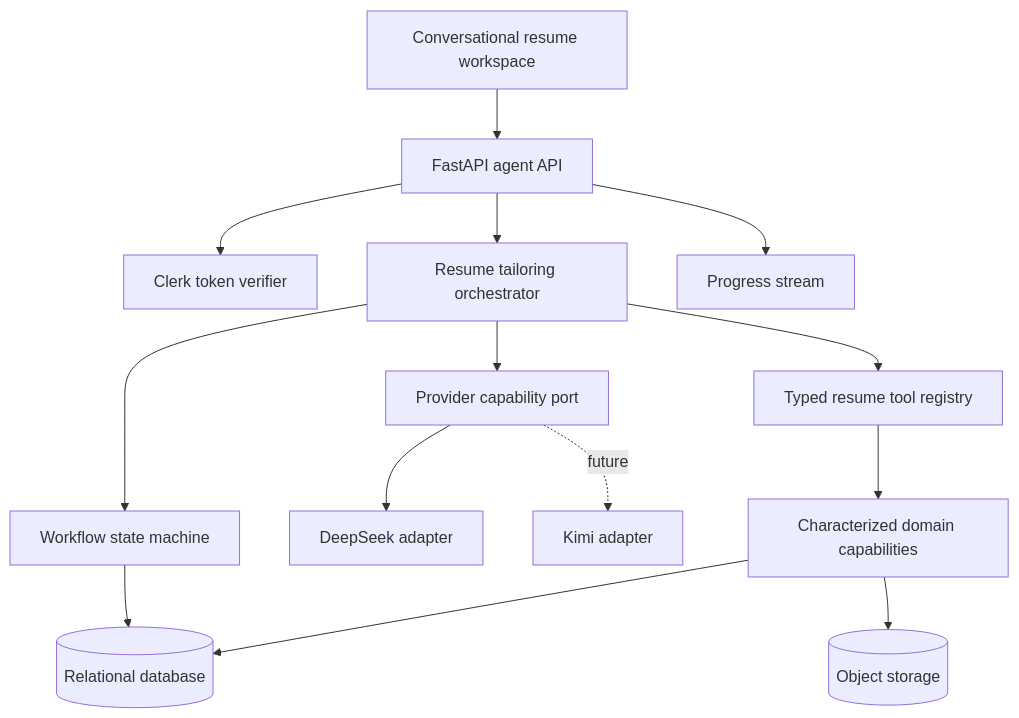
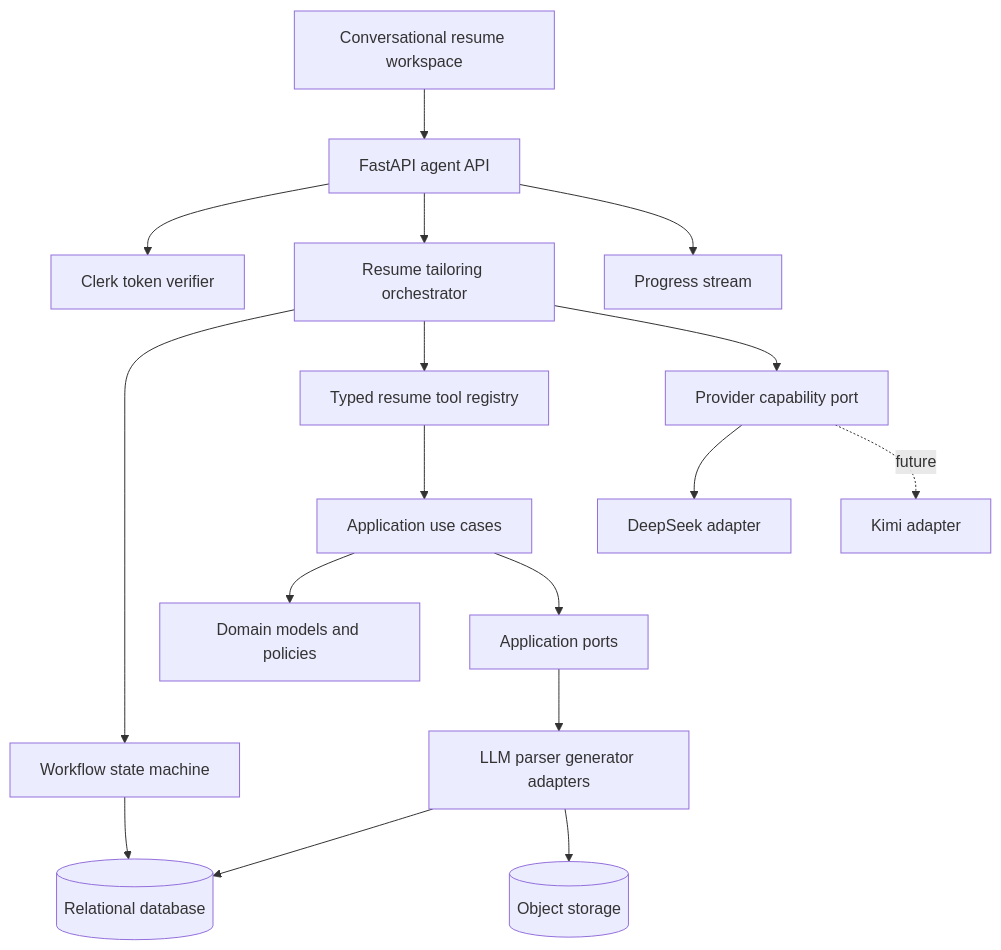
Before and after one commit to ivytas0905/AI-job-coach: the second of 4 diagrams in docs/plans/2026-08-04-001-feat-agent-resume-tailoring-plan.md, drawn with Mermaid. The commit also changed other lines of this file, not shown here.

````diff
--- a/docs/plans/2026-08-04-001-feat-agent-resume-tailoring-plan.md
+++ b/docs/plans/2026-08-04-001-feat-agent-resume-tailoring-plan.md
@@ -205,16 +206,19 @@
 ```mermaid
 flowchart TB
   UI[Conversational resume workspace] --> API[FastAPI agent API]
   API --> AUTH[Clerk token verifier]
   API --> ORCH[Resume tailoring orchestrator]
   ORCH --> STATE[Workflow state machine]
   ORCH --> TOOLS[Typed resume tool registry]
   ORCH --> LLM[Provider capability port]
   LLM --> DS[DeepSeek adapter]
   LLM -. future .-> KIMI[Kimi adapter]
-  TOOLS --> LEGACY[Characterized domain capabilities]
+  TOOLS --> USECASES[Application use cases]
+  USECASES --> DOMAIN[Domain models and policies]
+  USECASES --> PORTS[Application ports]
+  PORTS --> INFRA[LLM parser generator adapters]
   STATE --> DB[(Relational database)]
-  LEGACY --> DB
-  LEGACY --> STORE[(Object storage)]
+  INFRA --> DB
+  INFRA --> STORE[(Object storage)]
   API --> STREAM[Progress stream]
 ```
````
